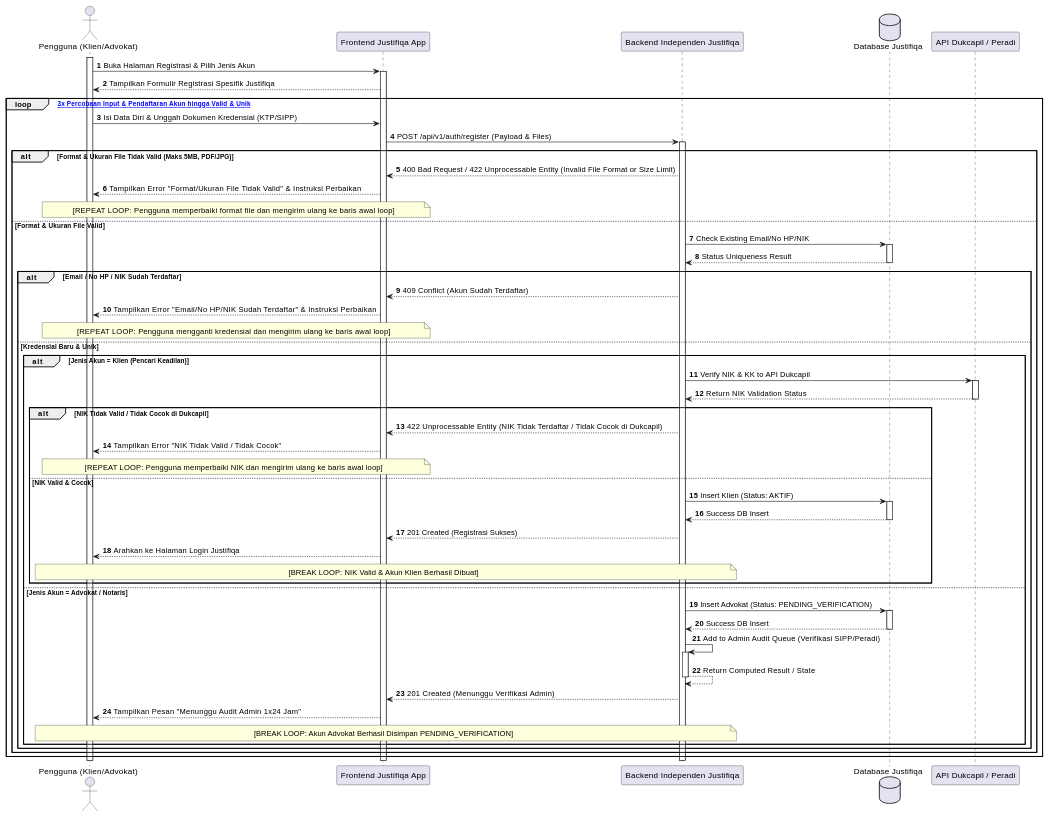
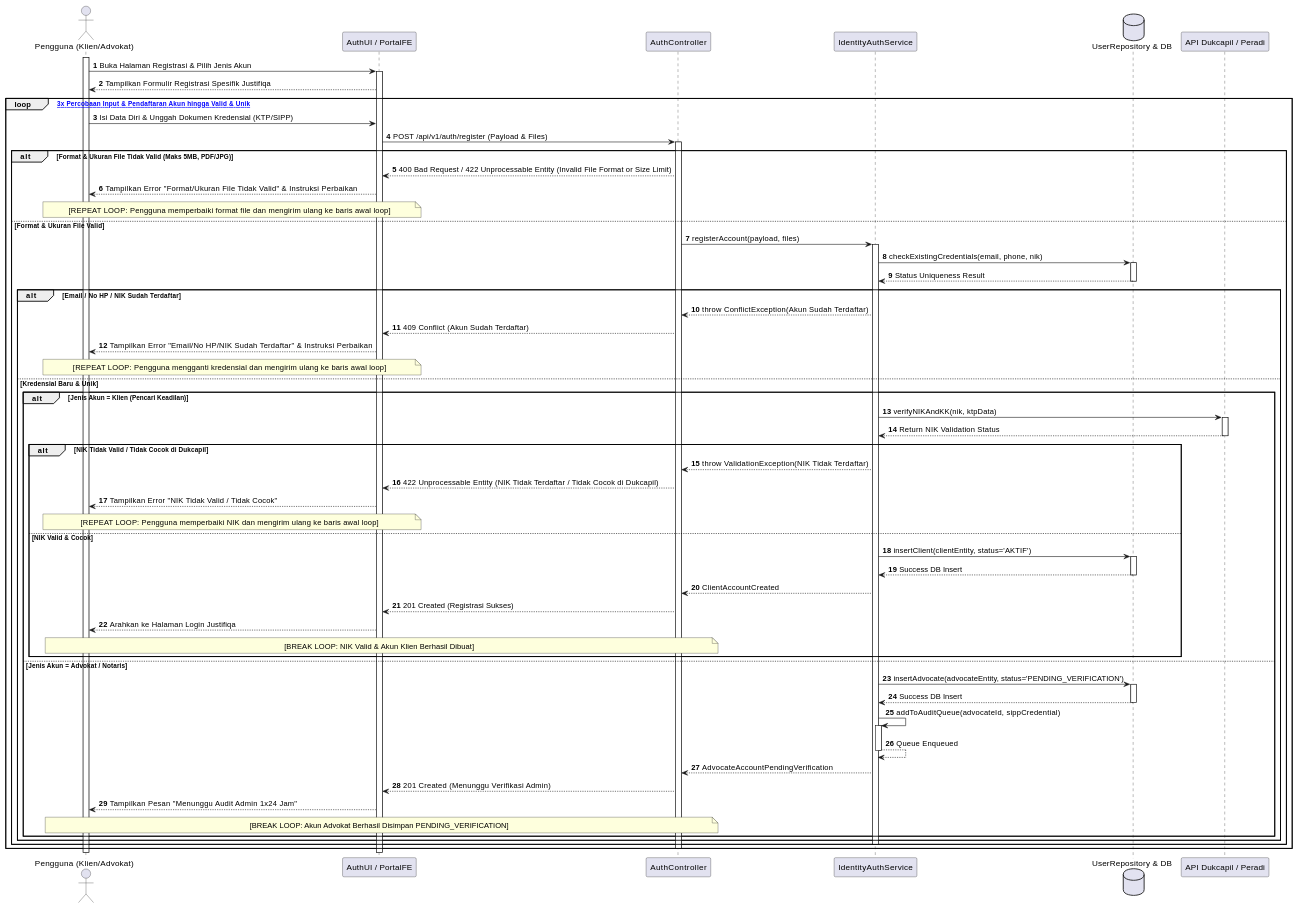
One commit to tupperwureism/SuperApp-Gagal changed the first of 28 diagrams in MarkDown/plantuml_sequence_diagrams.md. Above: the diagram before and after it, drawn with PlantUML. The commit also changed other lines of this file, not shown here.

Commit message:
refactor(SD): refactor SD-J-01 through SD-J-05 to 5-Lifeline BCE architecture

````diff
--- a/MarkDown/plantuml_sequence_diagrams.md
+++ b/MarkDown/plantuml_sequence_diagrams.md
@@ -20,61 +20,68 @@
 ```plantuml
 @startuml
 autonumber
 actor "Pengguna (Klien/Advokat)" as User
-participant "Frontend Justifiqa App" as FE
-participant "Backend Independen Justifiqa" as BE
-database "Database Justifiqa" as DB
+participant "AuthUI / PortalFE" as FE
+participant "AuthController" as CTRL
+participant "IdentityAuthService" as SVC
+database "UserRepository & DB" as REPO
 participant "API Dukcapil / Peradi" as Ext
 
 activate User
 User -> FE ++ : Buka Halaman Registrasi & Pilih Jenis Akun
 FE --> User : Tampilkan Formulir Registrasi Spesifik Justifiqa
 loop [Maksimal 3x Percobaan Input & Pendaftaran Akun hingga Valid & Unik]
     User -> FE : Isi Data Diri & Unggah Dokumen Kredensial (KTP/SIPP)
-    FE -> BE ++ : POST /api/v1/auth/register (Payload & Files)
+    FE -> CTRL ++ : POST /api/v1/auth/register (Payload & Files)
 
     alt Format & Ukuran File Tidak Valid (Maks 5MB, PDF/JPG)
-        BE --> FE : 400 Bad Request / 422 Unprocessable Entity (Invalid File Format or Size Limit)
+        CTRL --> FE : 400 Bad Request / 422 Unprocessable Entity (Invalid File Format or Size Limit)
         FE --> User : Tampilkan Error "Format/Ukuran File Tidak Valid" & Instruksi Perbaikan
         note over User, FE : [REPEAT LOOP: Pengguna memperbaiki format file dan mengirim ulang ke baris awal loop]
     else Format & Ukuran File Valid
-        BE -> DB ++ : Check Existing Email/No HP/NIK
-        DB --> BE -- : Status Uniqueness Result
+        CTRL -> SVC ++ : registerAccount(payload, files)
+        SVC -> REPO ++ : checkExistingCredentials(email, phone, nik)
+        REPO --> SVC -- : Status Uniqueness Result
 
         alt Email / No HP / NIK Sudah Terdaftar
-            BE --> FE : 409 Conflict (Akun Sudah Terdaftar)
+            SVC --> CTRL : throw ConflictException(Akun Sudah Terdaftar)
+            CTRL --> FE : 409 Conflict (Akun Sudah Terdaftar)
             FE --> User : Tampilkan Error "Email/No HP/NIK Sudah Terdaftar" & Instruksi Perbaikan
             note over User, FE : [REPEAT LOOP: Pengguna mengganti kredensial dan mengirim ulang ke baris awal loop]
         else Kredensial Baru & Unik
             alt Jenis Akun = Klien (Pencari Keadilan)
-                BE -> Ext ++ : Verify NIK & KK to API Dukcapil
-                Ext --> BE -- : Return NIK Validation Status
+                SVC -> Ext ++ : verifyNIKAndKK(nik, ktpData)
+                Ext --> SVC -- : Return NIK Validation Status
                 
                 alt NIK Tidak Valid / Tidak Cocok di Dukcapil
-                    BE --> FE : 422 Unprocessable Entity (NIK Tidak Terdaftar / Tidak Cocok di Dukcapil)
+                    SVC --> CTRL : throw ValidationException(NIK Tidak Terdaftar)
+                    CTRL --> FE : 422 Unprocessable Entity (NIK Tidak Terdaftar / Tidak Cocok di Dukcapil)
                     FE --> User : Tampilkan Error "NIK Tidak Valid / Tidak Cocok"
                     note over User, FE : [REPEAT LOOP: Pengguna memperbaiki NIK dan mengirim ulang ke baris awal loop]
                 else NIK Valid & Cocok
-                    BE -> DB ++ : Insert Klien (Status: AKTIF)
-                    DB --> BE -- : Success DB Insert
-                    BE --> FE : 201 Created (Registrasi Sukses)
+                    SVC -> REPO ++ : insertClient(clientEntity, status='AKTIF')
+                    REPO --> SVC -- : Success DB Insert
+                    SVC --> CTRL : ClientAccountCreated
+                    CTRL --> FE : 201 Created (Registrasi Sukses)
                     FE --> User : Arahkan ke Halaman Login Justifiqa
-                    note over User, BE : [BREAK LOOP: NIK Valid & Akun Klien Berhasil Dibuat]
+                    note over User, CTRL : [BREAK LOOP: NIK Valid & Akun Klien Berhasil Dibuat]
                 end
             else Jenis Akun = Advokat / Notaris
-                BE -> DB ++ : Insert Advokat (Status: PENDING_VERIFICATION)
-                DB --> BE -- : Success DB Insert
-                BE -> BE ++ : Add to Admin Audit Queue (Verifikasi SIPP/Peradi)
-                BE --> BE -- : Return Computed Result / State
-                BE --> FE : 201 Created (Menunggu Verifikasi Admin)
+                SVC -> REPO ++ : insertAdvocate(advocateEntity, status='PENDING_VERIFICATION')
+                REPO --> SVC -- : Success DB Insert
+                SVC -> SVC ++ : addToAuditQueue(advocateId, sippCredential)
+                SVC --> SVC -- : Queue Enqueued
+                SVC --> CTRL : AdvocateAccountPendingVerification
+                CTRL --> FE : 201 Created (Menunggu Verifikasi Admin)
                 FE --> User : Tampilkan Pesan "Menunggu Audit Admin 1x24 Jam"
-                note over User, BE : [BREAK LOOP: Akun Advokat Berhasil Disimpan PENDING_VERIFICATION]
+                note over User, CTRL : [BREAK LOOP: Akun Advokat Berhasil Disimpan PENDING_VERIFICATION]
             end
         end
+        deactivate SVC
     end
+    deactivate CTRL
 end
-deactivate BE
 deactivate FE
 deactivate User
 @enduml
 ```
````
